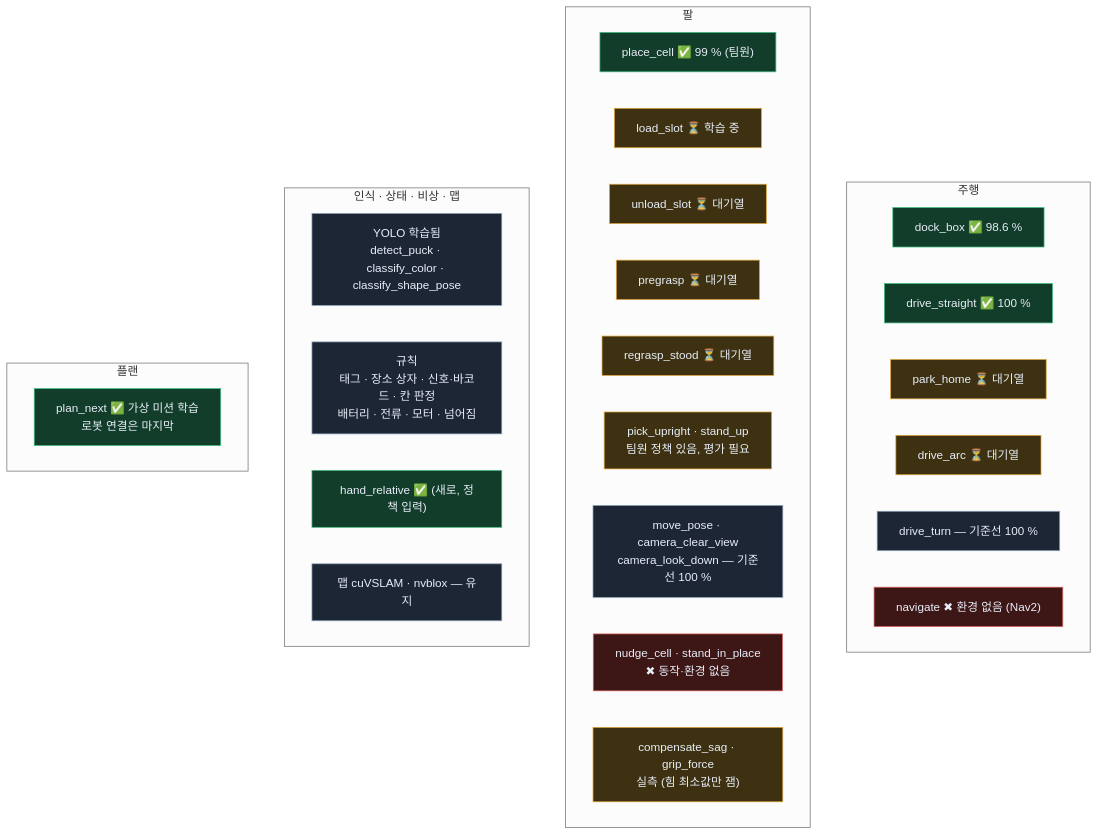
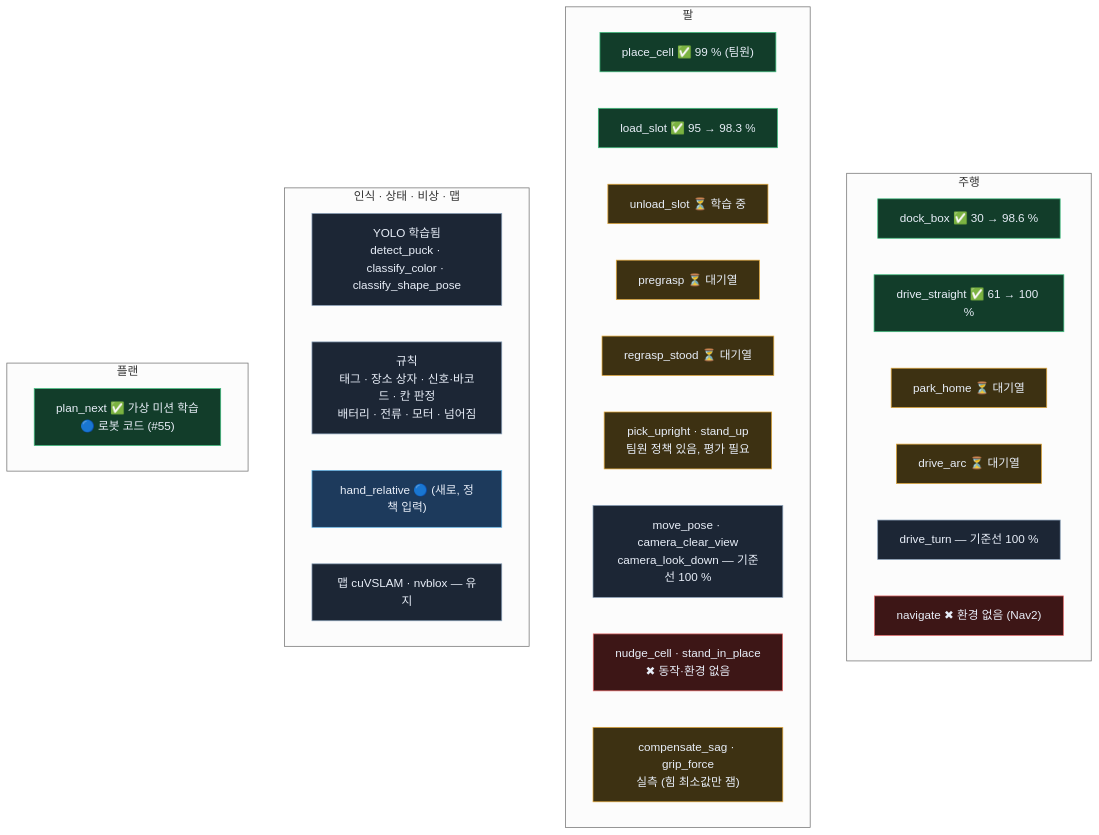
One commit to JuneKunst/JuneKunst.github.io changed the seventh of 9 diagrams in bee/system-map.md. Above: the diagram before and after it, drawn with Mermaid (neutral theme). The commit also changed other lines of this file and 1 other file, not shown here.

Commit message:
docs: bee 전체 지도 최신화 — 배포 코드(PR #55)·PR 번호·load_slot 결과·남은 일·기준 시각 바로잡음

````diff
--- a/bee/system-map.md
+++ b/bee/system-map.md
@@ -292,35 +280,36 @@
 ```mermaid
 flowchart TB
   subgraph g4_DRIVE["주행"]
-    g4_d1["dock_box ✅ 98.6 %"]:::ok
-    g4_d2["drive_straight ✅ 100 %"]:::ok
+    g4_d1["dock_box ✅ 30 → 98.6 %"]:::ok
+    g4_d2["drive_straight ✅ 61 → 100 %"]:::ok
     g4_d3["park_home ⏳ 대기열"]:::wip
     g4_d4["drive_arc ⏳ 대기열"]:::wip
     g4_d5["drive_turn — 기준선 100 %"]:::keep
     g4_d6["navigate ✖ 환경 없음 (Nav2)"]:::no
   end
   subgraph g4_ARM["팔"]
     g4_a1["place_cell ✅ 99 % (팀원)"]:::ok
-    g4_a2["load_slot ⏳ 학습 중"]:::wip
-    g4_a3["unload_slot ⏳ 대기열"]:::wip
+    g4_a2["load_slot ✅ 95 → 98.3 %"]:::ok
+    g4_a3["unload_slot ⏳ 학습 중"]:::wip
     g4_a4["pregrasp ⏳ 대기열"]:::wip
     g4_a5["regrasp_stood ⏳ 대기열"]:::wip
     g4_a6["pick_upright · stand_up<br/>팀원 정책 있음, 평가 필요"]:::wip
     g4_a7["move_pose · camera_clear_view<br/>camera_look_down — 기준선 100 %"]:::keep
     g4_a8["nudge_cell · stand_in_place<br/>✖ 동작·환경 없음"]:::no
     g4_a9["compensate_sag · grip_force<br/>실측 (힘 최소값만 잼)"]:::wip
   end
   subgraph g4_SENSE["인식 · 상태 · 비상 · 맵"]
     g4_s1["YOLO 학습됨<br/>detect_puck · classify_color · classify_shape_pose"]:::keep
     g4_s2["규칙<br/>태그 · 장소 상자 · 신호·바코드 · 칸 판정<br/>배터리 · 전류 · 모터 · 넘어짐"]:::keep
-    g4_s3["hand_relative ✅ (새로, 정책 입력)"]:::ok
+    g4_s3["hand_relative 🔵 (새로, 정책 입력)"]:::code
     g4_s4["맵 cuVSLAM · nvblox — 유지"]:::keep
   end
   subgraph g4_PLANS["플랜"]
-    g4_p1["plan_next ✅ 가상 미션 학습<br/>로봇 연결은 마지막"]:::ok
+    g4_p1["plan_next ✅ 가상 미션 학습<br/>🔵 로봇 코드 (#55)"]:::ok
   end
   classDef ok fill:#123d2a,stroke:#3fbf7f,color:#e8eef8
+  classDef code fill:#1d3a5c,stroke:#67b7e8,color:#e8eef8
   classDef wip fill:#3d3112,stroke:#e2a83a,color:#e8eef8
   classDef no fill:#3d1616,stroke:#e06666,color:#e8eef8
   classDef keep fill:#1c2635,stroke:#8aa0b8,color:#e8eef8
 ```
````
